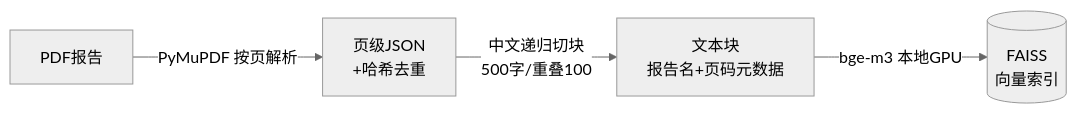
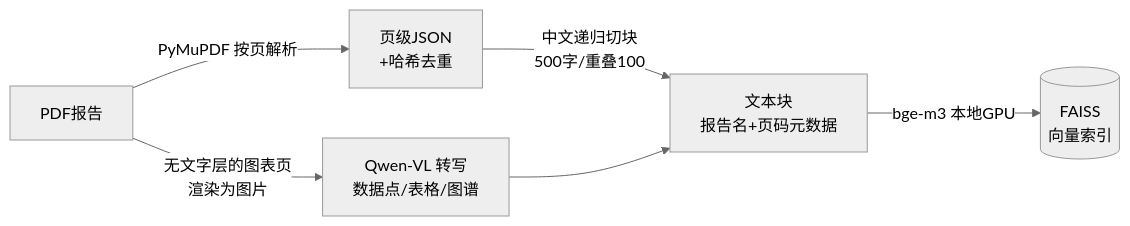
Before and after one commit to shit-king/Embodied-Intelligence-RAG: the first of 2 diagrams in README.md, drawn with Mermaid (neutral theme). The commit also changed other lines of this file and 10 other files, not shown here.

First line of the commit message:
五期：图表多模态解析

````diff
--- a/README.md
+++ b/README.md
@@ -22,6 +23,8 @@
 ```mermaid
 flowchart LR
     A[PDF报告] -->|PyMuPDF 按页解析| B[页级JSON<br>+哈希去重]
+    A -->|无文字层的图表页<br>渲染为图片| V[Qwen-VL 转写<br>数据点/表格/图谱]
     B -->|中文递归切块<br>500字/重叠100| C[文本块<br>报告名+页码元数据]
+    V --> C
     C -->|bge-m3 本地GPU| D[(FAISS<br>向量索引)]
 ```
````
